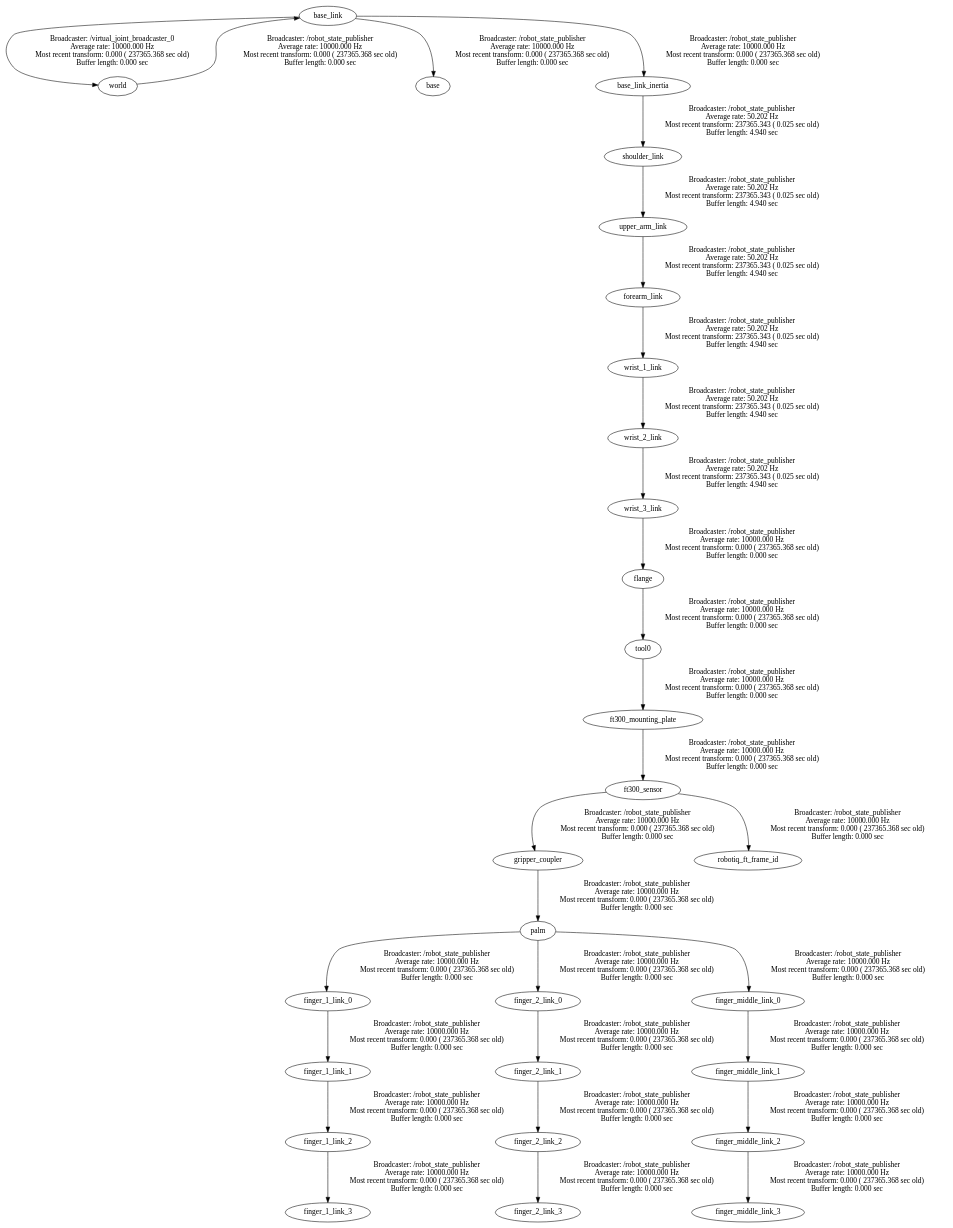
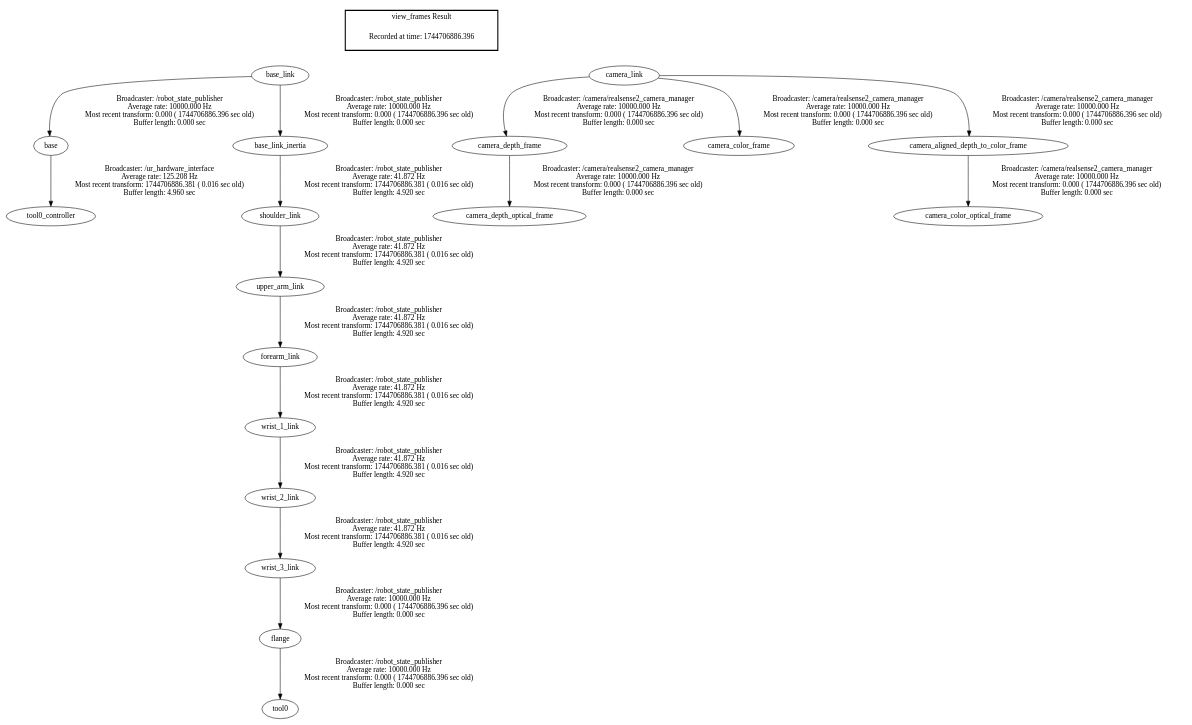
The diagram in ferit_ur5_ws/frames.gv (vsimundic/rvl-linux), drawn with Graphviz before and after one commit. The commit also changed 1891 other files, not shown here.

```diff
--- a/ferit_ur5_ws/frames.gv
+++ b/ferit_ur5_ws/frames.gv
@@ -1,31 +1,26 @@
 digraph G {
-"base_link" -> "world"[label="Broadcaster: /virtual_joint_broadcaster_0\nAverage rate: 10000.000 Hz\nMost recent transform: 0.000 ( 237365.368 sec old)\nBuffer length: 0.000 sec\n"];
-"world" -> "base_link"[label="Broadcaster: /robot_state_publisher\nAverage rate: 10000.000 Hz\nMost recent transform: 0.000 ( 237365.368 sec old)\nBuffer length: 0.000 sec\n"];
-"base_link" -> "base"[label="Broadcaster: /robot_state_publisher\nAverage rate: 10000.000 Hz\nMost recent transform: 0.000 ( 237365.368 sec old)\nBuffer length: 0.000 sec\n"];
-"base_link" -> "base_link_inertia"[label="Broadcaster: /robot_state_publisher\nAverage rate: 10000.000 Hz\nMost recent transform: 0.000 ( 237365.368 sec old)\nBuffer length: 0.000 sec\n"];
-"finger_1_link_0" -> "finger_1_link_1"[label="Broadcaster: /robot_state_publisher\nAverage rate: 10000.000 Hz\nMost recent transform: 0.000 ( 237365.368 sec old)\nBuffer length: 0.000 sec\n"];
-"palm" -> "finger_1_link_0"[label="Broadcaster: /robot_state_publisher\nAverage rate: 10000.000 Hz\nMost recent transform: 0.000 ( 237365.368 sec old)\nBuffer length: 0.000 sec\n"];
-"finger_1_link_1" -> "finger_1_link_2"[label="Broadcaster: /robot_state_publisher\nAverage rate: 10000.000 Hz\nMost recent transform: 0.000 ( 237365.368 sec old)\nBuffer length: 0.000 sec\n"];
-"finger_1_link_2" -> "finger_1_link_3"[label="Broadcaster: /robot_state_publisher\nAverage rate: 10000.000 Hz\nMost recent transform: 0.000 ( 237365.368 sec old)\nBuffer length: 0.000 sec\n"];
-"finger_2_link_0" -> "finger_2_link_1"[label="Broadcaster: /robot_state_publisher\nAverage rate: 10000.000 Hz\nMost recent transform: 0.000 ( 237365.368 sec old)\nBuffer length: 0.000 sec\n"];
-"palm" -> "finger_2_link_0"[label="Broadcaster: /robot_state_publisher\nAverage rate: 10000.000 Hz\nMost recent transform: 0.000 ( 237365.368 sec old)\nBuffer length: 0.000 sec\n"];
-"finger_2_link_1" -> "finger_2_link_2"[label="Broadcaster: /robot_state_publisher\nAverage rate: 10000.000 Hz\nMost recent transform: 0.000 ( 237365.368 sec old)\nBuffer length: 0.000 sec\n"];
-"finger_2_link_2" -> "finger_2_link_3"[label="Broadcaster: /robot_state_publisher\nAverage rate: 10000.000 Hz\nMost recent transform: 0.000 ( 237365.368 sec old)\nBuffer length: 0.000 sec\n"];
-"finger_middle_link_0" -> "finger_middle_link_1"[label="Broadcaster: /robot_state_publisher\nAverage rate: 10000.000 Hz\nMost recent transform: 0.000 ( 237365.368 sec old)\nBuffer length: 0.000 sec\n"];
-"palm" -> "finger_middle_link_0"[label="Broadcaster: /robot_state_publisher\nAverage rate: 10000.000 Hz\nMost recent transform: 0.000 ( 237365.368 sec old)\nBuffer length: 0.000 sec\n"];
-"finger_middle_link_1" -> "finger_middle_link_2"[label="Broadcaster: /robot_state_publisher\nAverage rate: 10000.000 Hz\nMost recent transform: 0.000 ( 237365.368 sec old)\nBuffer length: 0.000 sec\n"];
-"finger_middle_link_2" -> "finger_middle_link_3"[label="Broadcaster: /robot_state_publisher\nAverage rate: 10000.000 Hz\nMost recent transform: 0.000 ( 237365.368 sec old)\nBuffer length: 0.000 sec\n"];
-"flange" -> "tool0"[label="Broadcaster: /robot_state_publisher\nAverage rate: 10000.000 Hz\nMost recent transform: 0.000 ( 237365.368 sec old)\nBuffer length: 0.000 sec\n"];
-"wrist_3_link" -> "flange"[label="Broadcaster: /robot_state_publisher\nAverage rate: 10000.000 Hz\nMost recent transform: 0.000 ( 237365.368 sec old)\nBuffer length: 0.000 sec\n"];
-"tool0" -> "ft300_mounting_plate"[label="Broadcaster: /robot_state_publisher\nAverage rate: 10000.000 Hz\nMost recent transform: 0.000 ( 237365.368 sec old)\nBuffer length: 0.000 sec\n"];
-"ft300_mounting_plate" -> "ft300_sensor"[label="Broadcaster: /robot_state_publisher\nAverage rate: 10000.000 Hz\nMost recent transform: 0.000 ( 237365.368 sec old)\nBuffer length: 0.000 sec\n"];
-"ft300_sensor" -> "gripper_coupler"[label="Broadcaster: /robot_state_publisher\nAverage rate: 10000.000 Hz\nMost recent transform: 0.000 ( 237365.368 sec old)\nBuffer length: 0.000 sec\n"];
-"gripper_coupler" -> "palm"[label="Broadcaster: /robot_state_publisher\nAverage rate: 10000.000 Hz\nMost recent transform: 0.000 ( 237365.368 sec old)\nBuffer length: 0.000 sec\n"];
-"ft300_sensor" -> "robotiq_ft_frame_id"[label="Broadcaster: /robot_state_publisher\nAverage rate: 10000.000 Hz\nMost recent transform: 0.000 ( 237365.368 sec old)\nBuffer length: 0.000 sec\n"];
-"wrist_2_link" -> "wrist_3_link"[label="Broadcaster: /robot_state_publisher\nAverage rate: 50.202 Hz\nMost recent transform: 237365.343 ( 0.025 sec old)\nBuffer length: 4.940 sec\n"];
-"upper_arm_link" -> "forearm_link"[label="Broadcaster: /robot_state_publisher\nAverage rate: 50.202 Hz\nMost recent transform: 237365.343 ( 0.025 sec old)\nBuffer length: 4.940 sec\n"];
-"shoulder_link" -> "upper_arm_link"[label="Broadcaster: /robot_state_publisher\nAverage rate: 50.202 Hz\nMost recent transform: 237365.343 ( 0.025 sec old)\nBuffer length: 4.940 sec\n"];
-"base_link_inertia" -> "shoulder_link"[label="Broadcaster: /robot_state_publisher\nAverage rate: 50.202 Hz\nMost recent transform: 237365.343 ( 0.025 sec old)\nBuffer length: 4.940 sec\n"];
-"forearm_link" -> "wrist_1_link"[label="Broadcaster: /robot_state_publisher\nAverage rate: 50.202 Hz\nMost recent transform: 237365.343 ( 0.025 sec old)\nBuffer length: 4.940 sec\n"];
-"wrist_1_link" -> "wrist_2_link"[label="Broadcaster: /robot_state_publisher\nAverage rate: 50.202 Hz\nMost recent transform: 237365.343 ( 0.025 sec old)\nBuffer length: 4.940 sec\n"];
+"base" -> "tool0_controller"[label="Broadcaster: /ur_hardware_interface\nAverage rate: 125.208 Hz\nMost recent transform: 1744706886.381 ( 0.016 sec old)\nBuffer length: 4.960 sec\n"];
+"base_link" -> "base"[label="Broadcaster: /robot_state_publisher\nAverage rate: 10000.000 Hz\nMost recent transform: 0.000 ( 1744706886.396 sec old)\nBuffer length: 0.000 sec\n"];
+"camera_link" -> "camera_depth_frame"[label="Broadcaster: /camera/realsense2_camera_manager\nAverage rate: 10000.000 Hz\nMost recent transform: 0.000 ( 1744706886.396 sec old)\nBuffer length: 0.000 sec\n"];
+"camera_depth_frame" -> "camera_depth_optical_frame"[label="Broadcaster: /camera/realsense2_camera_manager\nAverage rate: 10000.000 Hz\nMost recent transform: 0.000 ( 1744706886.396 sec old)\nBuffer length: 0.000 sec\n"];
+"camera_link" -> "camera_color_frame"[label="Broadcaster: /camera/realsense2_camera_manager\nAverage rate: 10000.000 Hz\nMost recent transform: 0.000 ( 1744706886.396 sec old)\nBuffer length: 0.000 sec\n"];
+"camera_aligned_depth_to_color_frame" -> "camera_color_optical_frame"[label="Broadcaster: /camera/realsense2_camera_manager\nAverage rate: 10000.000 Hz\nMost recent transform: 0.000 ( 1744706886.396 sec old)\nBuffer length: 0.000 sec\n"];
+"camera_link" -> "camera_aligned_depth_to_color_frame"[label="Broadcaster: /camera/realsense2_camera_manager\nAverage rate: 10000.000 Hz\nMost recent transform: 0.000 ( 1744706886.396 sec old)\nBuffer length: 0.000 sec\n"];
+"base_link" -> "base_link_inertia"[label="Broadcaster: /robot_state_publisher\nAverage rate: 10000.000 Hz\nMost recent transform: 0.000 ( 1744706886.396 sec old)\nBuffer length: 0.000 sec\n"];
+"flange" -> "tool0"[label="Broadcaster: /robot_state_publisher\nAverage rate: 10000.000 Hz\nMost recent transform: 0.000 ( 1744706886.396 sec old)\nBuffer length: 0.000 sec\n"];
+"wrist_3_link" -> "flange"[label="Broadcaster: /robot_state_publisher\nAverage rate: 10000.000 Hz\nMost recent transform: 0.000 ( 1744706886.396 sec old)\nBuffer length: 0.000 sec\n"];
+"wrist_2_link" -> "wrist_3_link"[label="Broadcaster: /robot_state_publisher\nAverage rate: 41.872 Hz\nMost recent transform: 1744706886.381 ( 0.016 sec old)\nBuffer length: 4.920 sec\n"];
+"upper_arm_link" -> "forearm_link"[label="Broadcaster: /robot_state_publisher\nAverage rate: 41.872 Hz\nMost recent transform: 1744706886.381 ( 0.016 sec old)\nBuffer length: 4.920 sec\n"];
+"shoulder_link" -> "upper_arm_link"[label="Broadcaster: /robot_state_publisher\nAverage rate: 41.872 Hz\nMost recent transform: 1744706886.381 ( 0.016 sec old)\nBuffer length: 4.920 sec\n"];
+"base_link_inertia" -> "shoulder_link"[label="Broadcaster: /robot_state_publisher\nAverage rate: 41.872 Hz\nMost recent transform: 1744706886.381 ( 0.016 sec old)\nBuffer length: 4.920 sec\n"];
+"forearm_link" -> "wrist_1_link"[label="Broadcaster: /robot_state_publisher\nAverage rate: 41.872 Hz\nMost recent transform: 1744706886.381 ( 0.016 sec old)\nBuffer length: 4.920 sec\n"];
+"wrist_1_link" -> "wrist_2_link"[label="Broadcaster: /robot_state_publisher\nAverage rate: 41.872 Hz\nMost recent transform: 1744706886.381 ( 0.016 sec old)\nBuffer length: 4.920 sec\n"];
+edge [style=invis];
+ subgraph cluster_legend { style=bold; color=black; label ="view_frames Result";
+"Recorded at time: 1744706886.396"[ shape=plaintext ] ;
+ }->"camera_link";
+edge [style=invis];
+ subgraph cluster_legend { style=bold; color=black; label ="view_frames Result";
+"Recorded at time: 1744706886.396"[ shape=plaintext ] ;
+ }->"base_link";
 }
```
